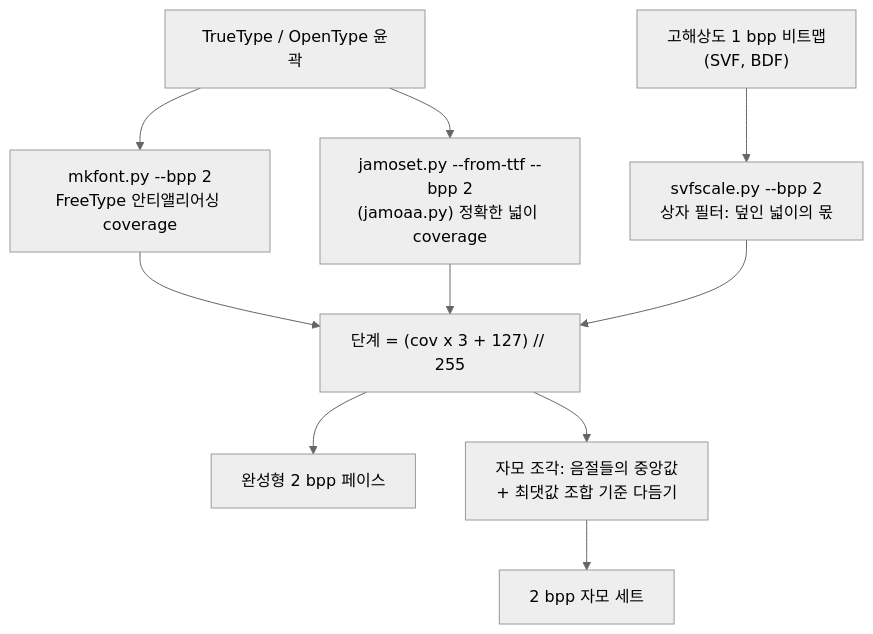
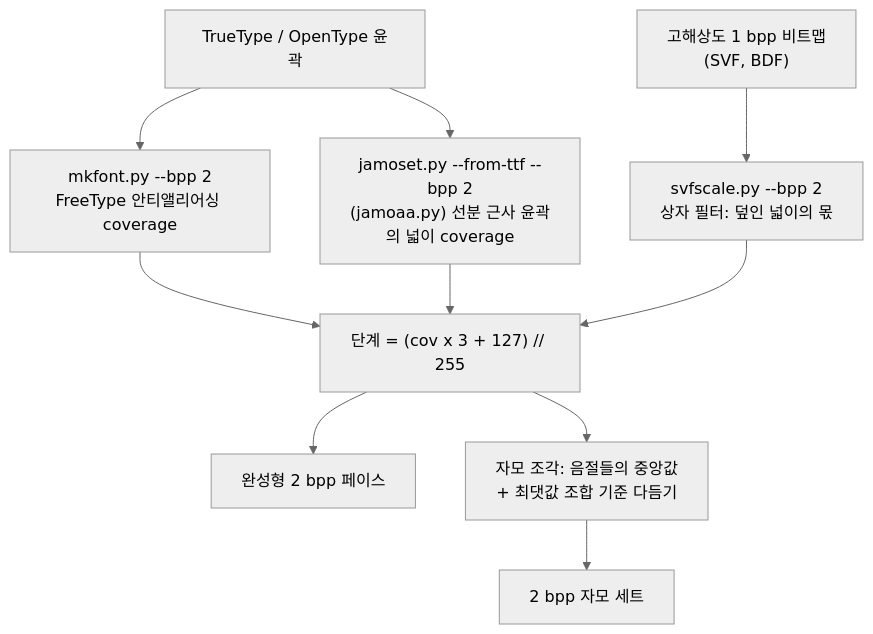
The third of 3 diagrams in docs/anti-aliasing.ko.md (TaehyunKimLL/svf-fonts-open), drawn with Mermaid (neutral theme) before and after one commit. The commit also changed other lines of this file and 3 other files, not shown here.

````diff
--- a/docs/anti-aliasing.ko.md
+++ b/docs/anti-aliasing.ko.md
@@ -227,12 +227,12 @@
 ```mermaid
 flowchart TD
   TTF["TrueType / OpenType 윤곽"] --> R1["mkfont.py --bpp 2<br/>FreeType 안티앨리어싱 coverage"]
-  TTF --> R2["jamoset.py --from-ttf --bpp 2<br/>(jamoaa.py) 정확한 넓이 coverage"]
+  TTF --> R2["jamoset.py --from-ttf --bpp 2<br/>(jamoaa.py) 선분 근사 윤곽의 넓이 coverage"]
   BIG["고해상도 1 bpp 비트맵<br/>(SVF, BDF)"] --> R3["svfscale.py --bpp 2<br/>상자 필터: 덮인 넓이의 몫"]
   R1 --> Q["단계 = (cov x 3 + 127) // 255"]
   R2 --> Q
   R3 --> Q
   Q --> PRE["완성형 2 bpp 페이스"]
   Q --> JS["자모 조각: 음절들의 중앙값<br/>+ 최댓값 조합 기준 다듬기"]
   JS --> JAMO["2 bpp 자모 세트"]
 ```
````
